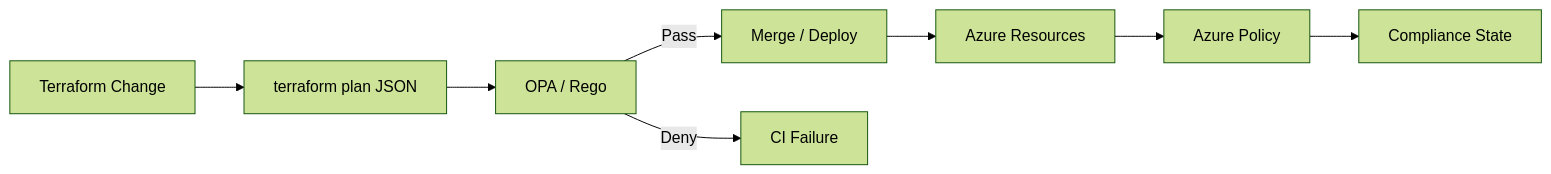
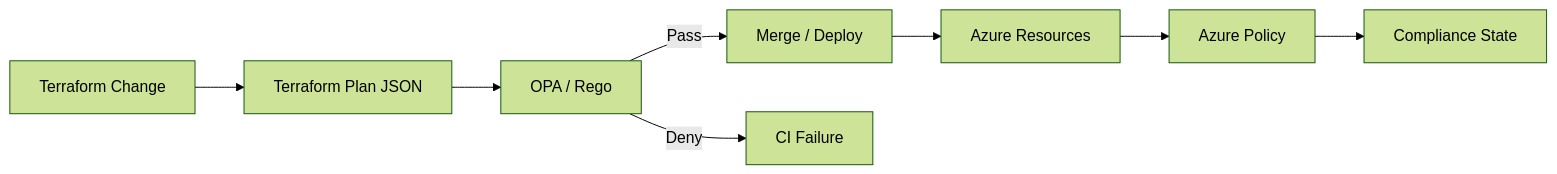
Before and after one commit to ugochuk/azure-policy-opa-governance: the diagram in README.md, drawn with Mermaid (forest theme). The commit also changed other lines of this file, not shown here.

````diff
--- a/README.md
+++ b/README.md
@@ -20,10 +19,10 @@
 ```mermaid
 flowchart LR
-    DEV[Terraform Change] --> PLAN[terraform plan JSON]
+    DEV[Terraform Change] --> PLAN[Terraform Plan JSON]
     PLAN --> OPA[OPA / Rego]
     OPA -->|Pass| MERGE[Merge / Deploy]
     OPA -->|Deny| FAIL[CI Failure]
     MERGE --> AZURE[Azure Resources]
     AZURE --> AP[Azure Policy]
     AP --> COMPLY[Compliance State]
 ```
````
